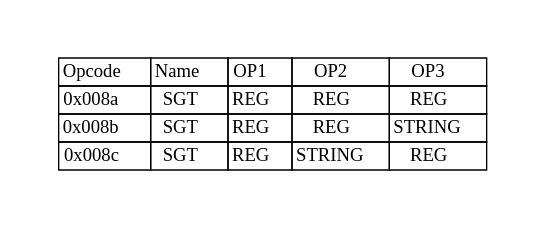
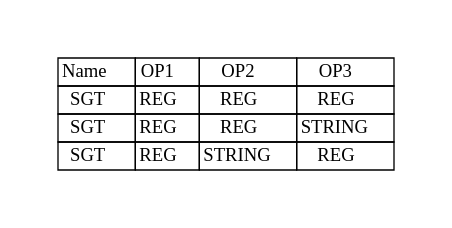
One commit to adesutherland/CREXX changed the diagram in docs/books/crexx_vm_spec/svg/sgt.gv. Above: the diagram before and after it, drawn with Graphviz. The commit also changed 319 other files, not shown here.

```diff
--- a/docs/books/crexx_vm_spec/svg/sgt.gv
+++ b/docs/books/crexx_vm_spec/svg/sgt.gv
@@ -1,11 +1,11 @@
 digraph{
 graph [pad="0.5", nodesep="0.5", ranksep="2" ]
-node[shape=plain]
+node [shape=plain]
 Foo [label=<
 <table border="0" cellborder="1" cellspacing="0">
-<tr><td> Opcode </td> <td> Name </td> <td> OP1 </td><td> OP2 </td><td> OP3 </td> </tr>
-<tr><td> 0x008a </td><td> SGT </td><td> REG </td><td> REG </td><td> REG </td> </tr>
-<tr><td> 0x008b </td><td> SGT </td><td> REG </td><td> REG </td><td> STRING </td> </tr>
-<tr><td> 0x008c </td><td> SGT </td><td> REG </td><td> STRING </td><td> REG </td> </tr>
+<tr><td> Name </td> <td> OP1 </td><td> OP2 </td><td> OP3 </td> </tr>
+<tr><td> SGT </td><td> REG </td><td> REG </td><td> REG </td> </tr>
+<tr><td> SGT </td><td> REG </td><td> REG </td><td> STRING </td> </tr>
+<tr><td> SGT </td><td> REG </td><td> STRING </td><td> REG </td> </tr>
 </table>>];
 }
```
